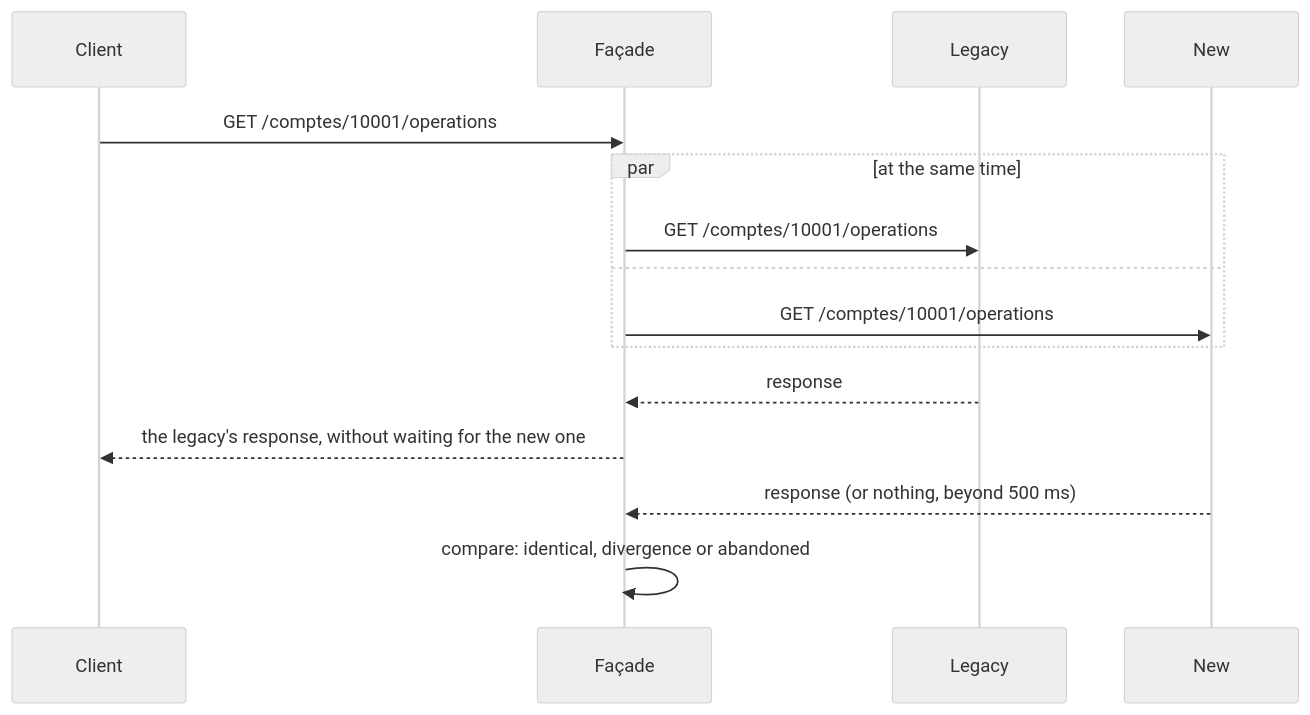
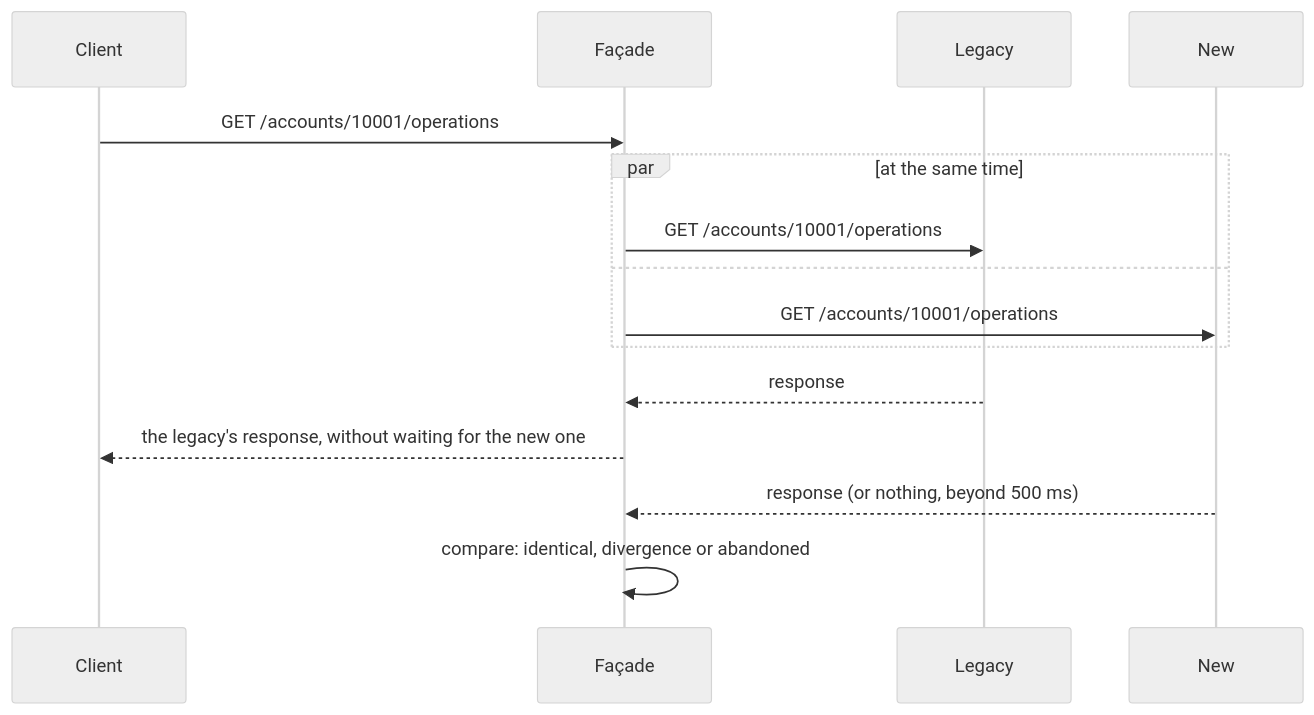
Before and after one commit to drangoht/ArchitecturesDemo: the third of 4 diagrams in Docs/en/22-strangler-fig.md, drawn with Mermaid (neutral theme). The commit also changed other lines of this file and 78 other files, not shown here.

First line of the commit message:
Docs EN : identifiants, liens, diagrammes et sorties alignés sur le code anglais

````diff
--- a/Docs/en/22-strangler-fig.md
+++ b/Docs/en/22-strangler-fig.md
@@ -114,17 +113,17 @@
 ```mermaid
 sequenceDiagram
     participant C as Client
     participant F as Façade
     participant A as Legacy
     participant N as New
-    C->>F: GET /comptes/10001/operations
+    C->>F: GET /accounts/10001/operations
     par at the same time
-        F->>A: GET /comptes/10001/operations
+        F->>A: GET /accounts/10001/operations
     and
-        F->>N: GET /comptes/10001/operations
+        F->>N: GET /accounts/10001/operations
     end
     A-->>F: response
     F-->>C: the legacy's response, without waiting for the new one
     N-->>F: response (or nothing, beyond 500 ms)
     F->>F: compare: identical, divergence or abandoned
 ```
````
